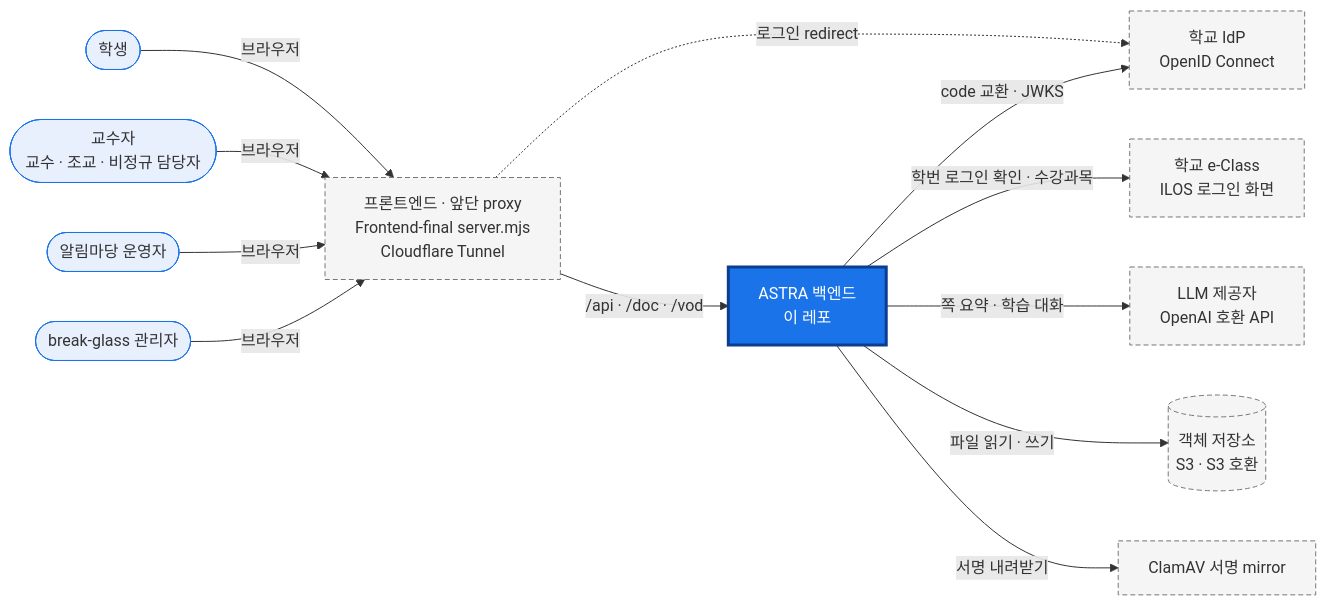
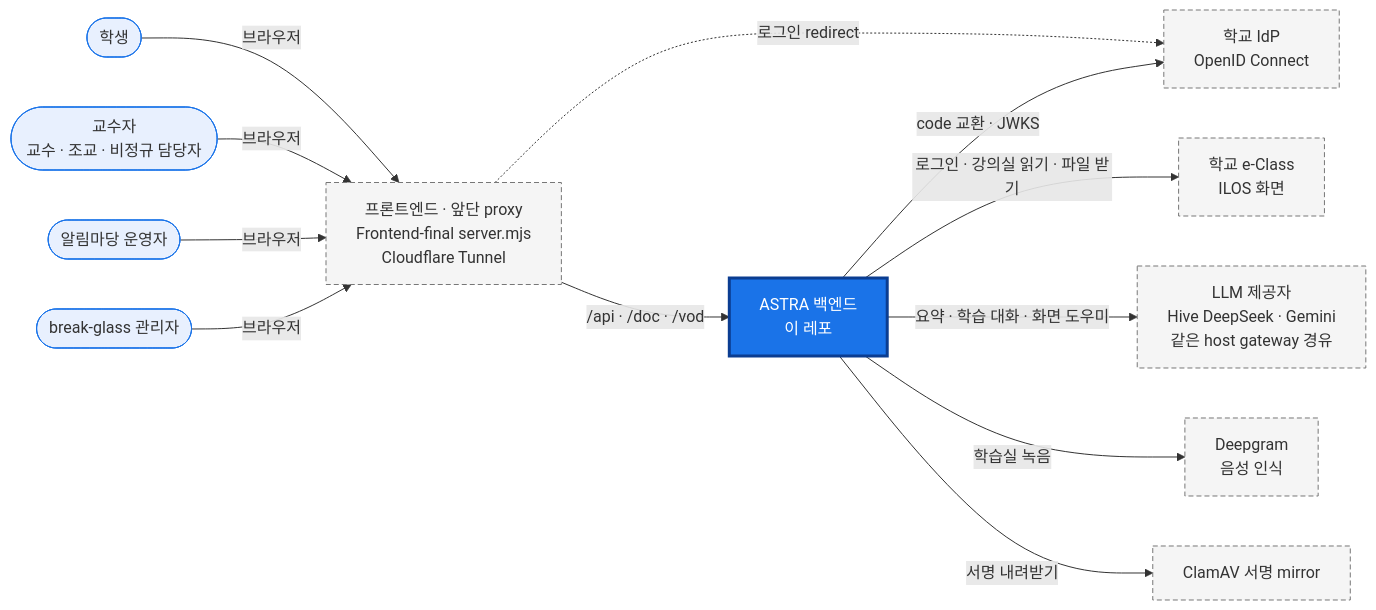
Before and after one commit to 2026ENDPoinT/team13: the first of 2 diagrams in backend/README.md, drawn with Mermaid. The commit also changed other lines of this file and 1 other file, not shown here.

Commit message:
STAC-000 README와 c4.md를 학교 e-Class 연동, Hermes 운영 배포, LLM gateway, 학습실 기능에 맞춤

````diff
--- a/backend/README.md
+++ b/backend/README.md
@@ -25,28 +25,28 @@
 ```mermaid
 flowchart LR
   ST(["학생"])
   IN(["교수자<br/>교수 · 조교 · 비정규 담당자"])
   OP(["알림마당 운영자"])
   BG(["break-glass 관리자"])
   FE["프론트엔드 · 앞단 proxy<br/>Frontend-final server.mjs<br/>Cloudflare Tunnel"]
   AS["ASTRA 백엔드<br/>이 레포"]
   IDP["학교 IdP<br/>OpenID Connect"]
-  EC["학교 e-Class<br/>ILOS 로그인 화면"]
-  LLM["LLM 제공자<br/>OpenAI 호환 API"]
-  S3[("객체 저장소<br/>S3 · S3 호환")]
+  EC["학교 e-Class<br/>ILOS 화면"]
+  LLM["LLM 제공자<br/>Hive DeepSeek · Gemini<br/>같은 host gateway 경유"]
+  DG["Deepgram<br/>음성 인식"]
   MIR["ClamAV 서명 mirror"]
   ST & IN & OP & BG -->|"브라우저"| FE
   FE -->|"/api · /doc · /vod"| AS
   FE -.->|"로그인 redirect"| IDP
   AS -->|"code 교환 · JWKS"| IDP
-  AS -->|"학번 로그인 확인 · 수강과목"| EC
-  AS -->|"쪽 요약 · 학습 대화"| LLM
-  AS -->|"파일 읽기 · 쓰기"| S3
+  AS -->|"로그인 · 강의실 읽기 · 파일 받기"| EC
+  AS -->|"요약 · 학습 대화 · 화면 도우미"| LLM
+  AS -->|"학습실 녹음"| DG
   AS -->|"서명 내려받기"| MIR
   classDef person fill:#e8f0fe,stroke:#1a73e8
   classDef system fill:#1a73e8,stroke:#0b3d91,stroke-width:3px,color:#fff
   classDef ext fill:#f5f5f5,stroke:#777,stroke-dasharray:5 3
   class ST,IN,OP,BG person
   class AS system
-  class FE,IDP,EC,LLM,S3,MIR ext
+  class FE,IDP,EC,LLM,DG,MIR ext
 ```
````
